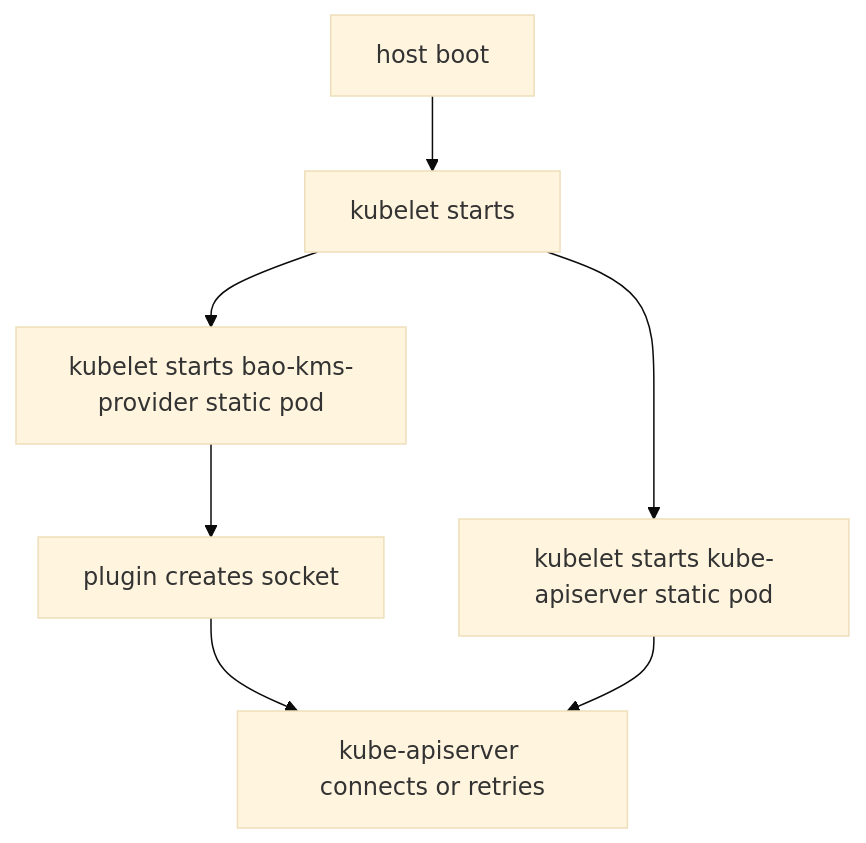
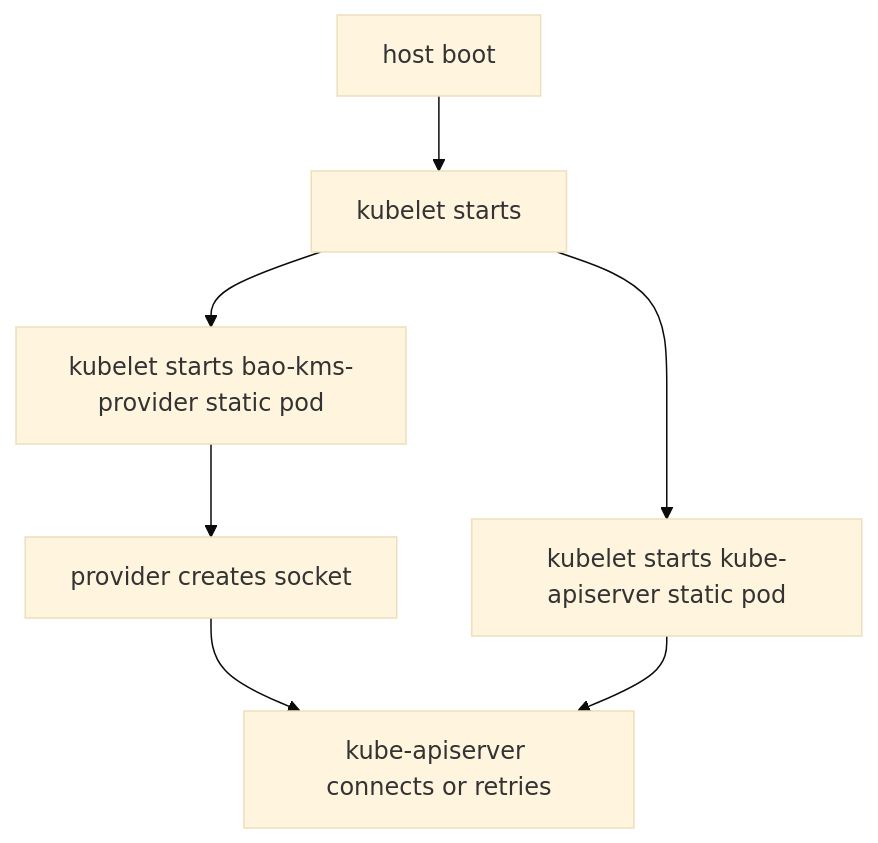
Before and after one commit to dc-tec/openbao-kubernetes-kms: the sixth of 6 diagrams in docs/architecture/overview.md, drawn with Mermaid (base theme). The commit also changed other lines of this file and 68 other files, not shown here.

````diff
--- a/docs/architecture/overview.md
+++ b/docs/architecture/overview.md
@@ -240,13 +248,13 @@
 ```mermaid
 flowchart TD
     A["host boot"]
     B["kubelet starts"]
     C["kubelet starts bao-kms-provider static pod"]
     D["kubelet starts kube-apiserver static pod"]
-    E["plugin creates socket"]
+    E["provider creates socket"]
     F["kube-apiserver connects or retries"]
 
     A --> B
     B --> C --> E --> F
     B --> D --> F
 ```
````
